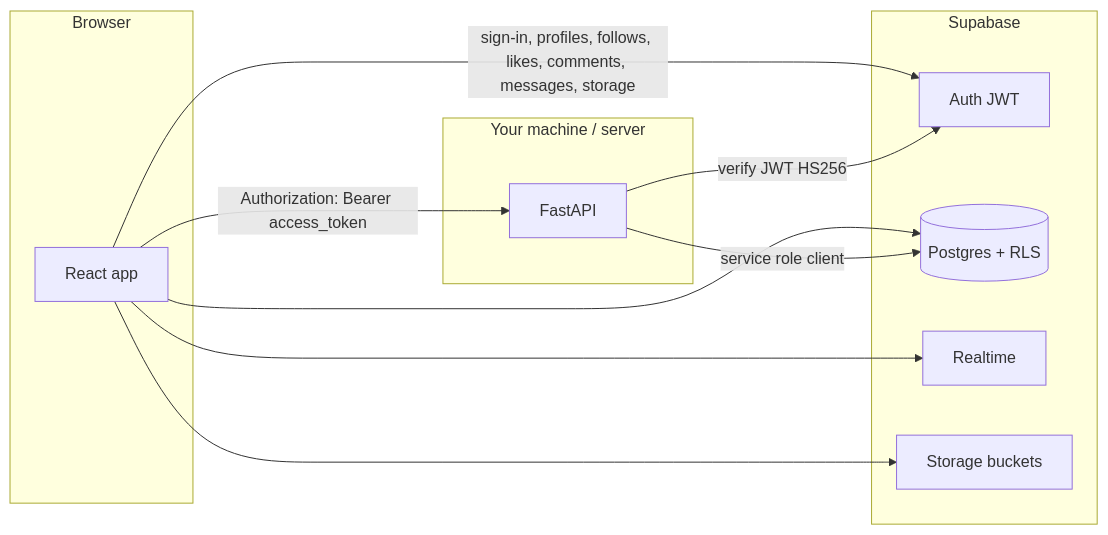
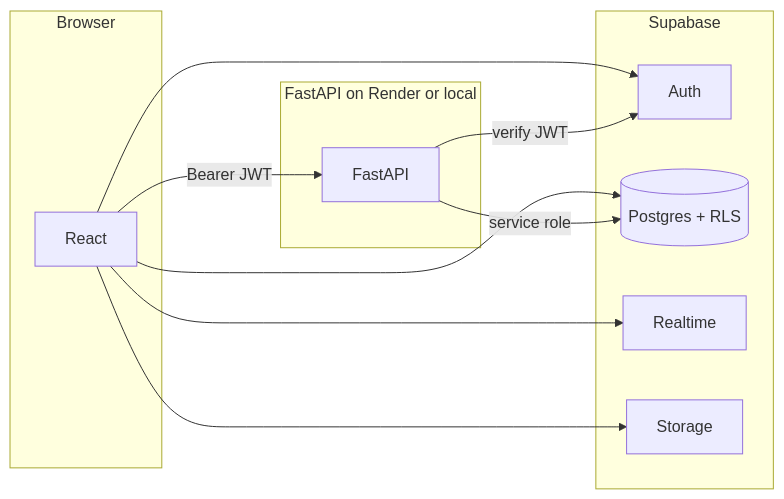
One commit to chethud/vista changed the diagram in README.md. Above: the diagram before and after it, drawn with Mermaid. The commit also changed other lines of this file, not shown here.

````diff
--- a/README.md
+++ b/README.md
@@ -9,22 +24,22 @@
 ```mermaid
 flowchart LR
-  subgraph browser [Browser]
-    UI[React app]
+  subgraph client [Browser]
+    UI[React]
   end
   subgraph supabase [Supabase]
-    Auth[Auth JWT]
+    Auth[Auth]
     DB[(Postgres + RLS)]
     RT[Realtime]
-    Storage[Storage buckets]
+    ST[Storage]
   end
-  subgraph backend [Your machine / server]
+  subgraph api [FastAPI on Render or local]
     API[FastAPI]
   end
-  UI -->|sign-in, profiles, follows, likes, comments, messages, storage| Auth
+  UI --> Auth
   UI --> DB
   UI --> RT
-  UI --> Storage
-  UI -->|Authorization: Bearer access_token| API
-  API -->|verify JWT HS256| Auth
-  API -->|service role client| DB
+  UI --> ST
+  UI -->|"Bearer JWT"| API
+  API -->|"verify JWT"| Auth
+  API -->|"service role"| DB
 ```
````
